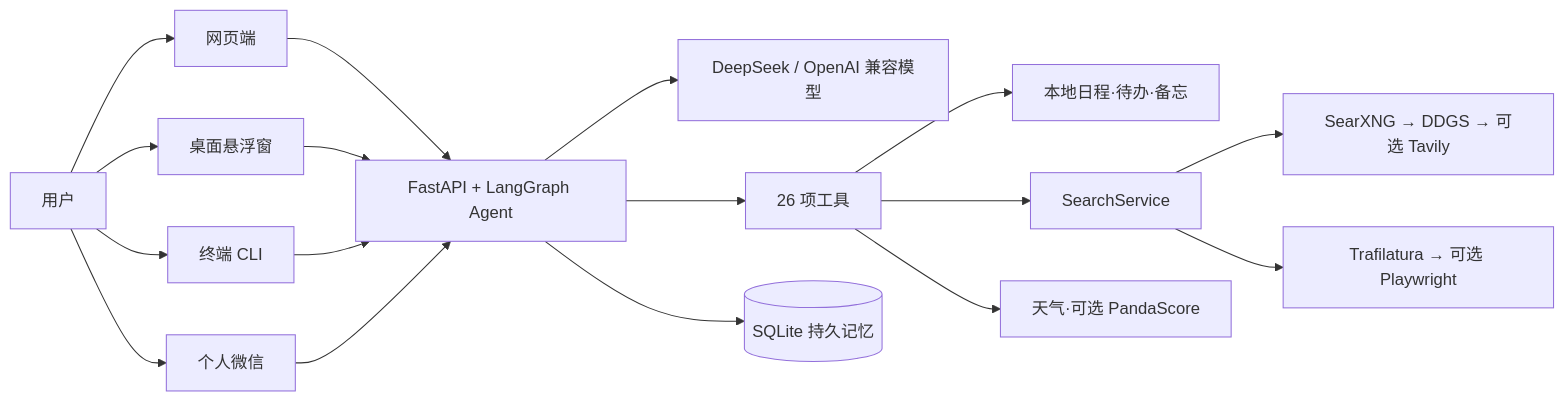
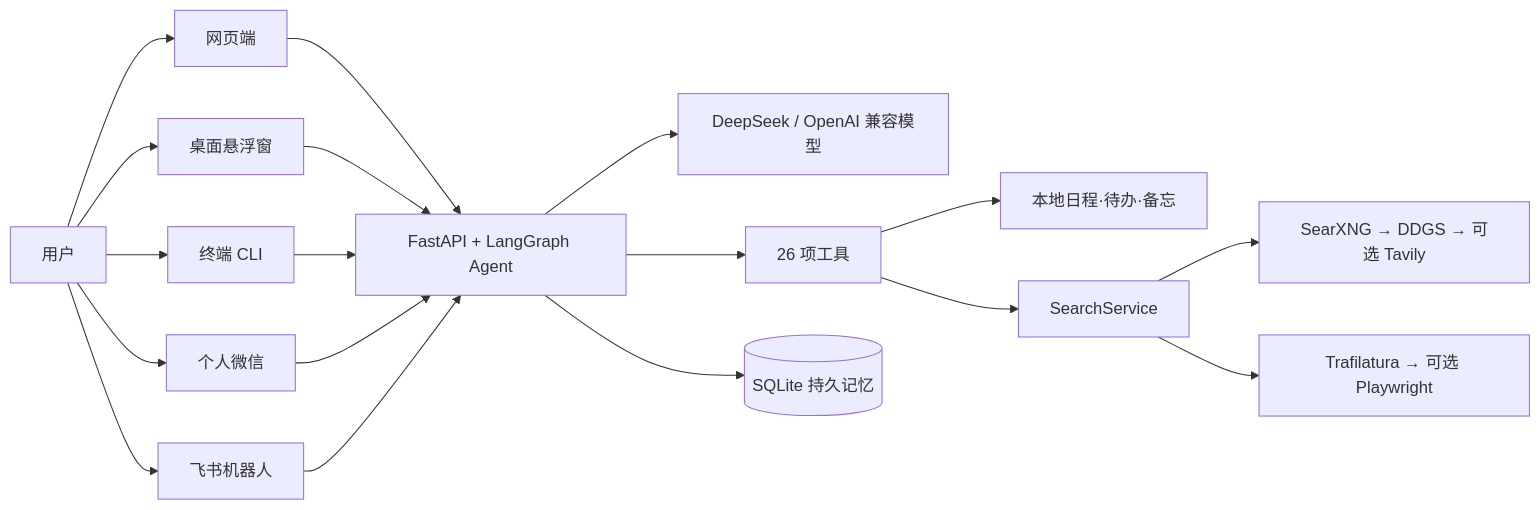
One commit to 123akw/jarvis changed the diagram in README.md. Above: the diagram before and after it, drawn with Mermaid. The commit also changed other lines of this file and 8 other files, not shown here.

````diff
--- a/README.md
+++ b/README.md
@@ -212,16 +125,12 @@
 ```mermaid
 flowchart LR
-  U[用户] --> W[网页端]
-  U --> D[桌面悬浮窗]
-  U --> C[终端 CLI]
-  U --> X[个人微信]
-  W & D & C & X --> A[FastAPI + LangGraph Agent]
+  U[用户] --> W[网页端] & D[桌面悬浮窗] & C[终端 CLI] & X[个人微信] & F[飞书机器人]
+  W & D & C & X & F --> A[FastAPI + LangGraph Agent]
   A --> M[DeepSeek / OpenAI 兼容模型]
   A --> T[26 项工具]
   A --> S[(SQLite 持久记忆)]
   T --> L[本地日程·待办·备忘]
   T --> Q[SearchService]
   Q --> P[SearXNG → DDGS → 可选 Tavily]
   Q --> R[Trafilatura → 可选 Playwright]
-  T --> E[天气·可选 PandaScore]
 ```
````
